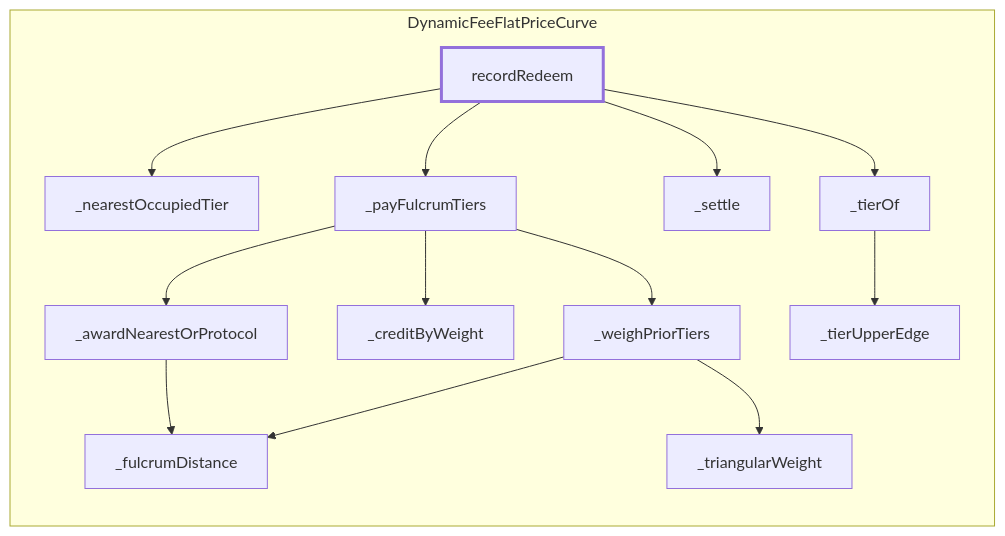
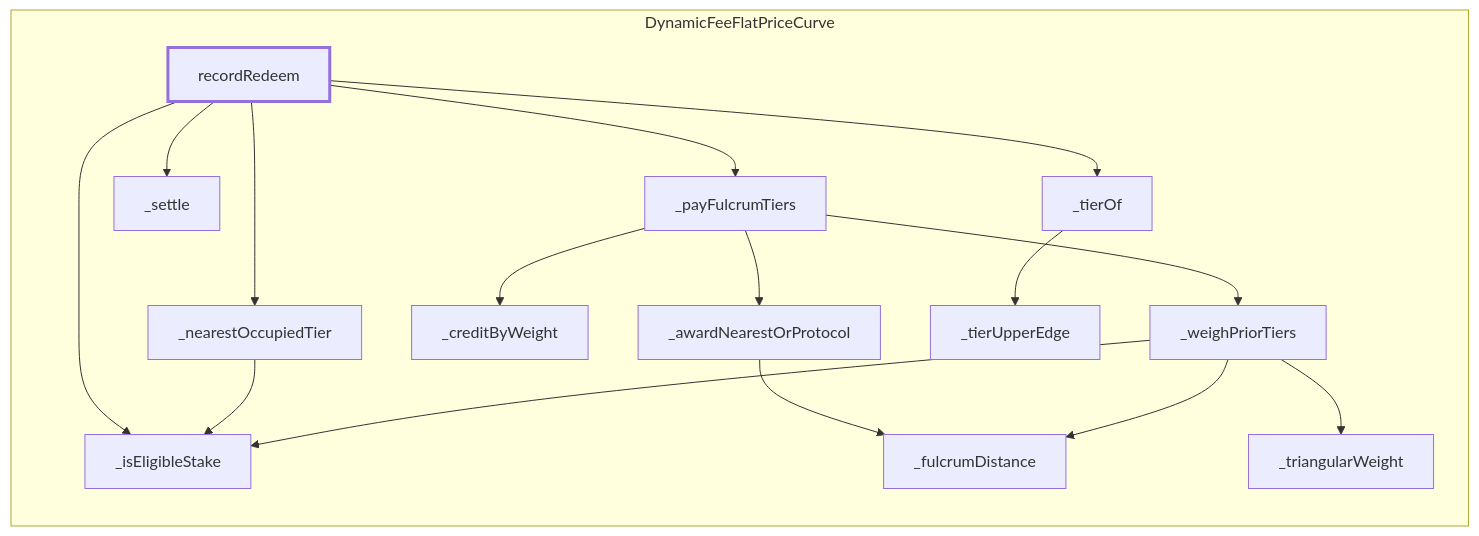
The diagram in docs/call-flows/generated/curve-record-redeem.md (0xIntuition/intuition-contracts-v2), drawn with Mermaid before and after one commit. The commit also changed other lines of this file and 18 other files, not shown here.

Commit message:
docs: make published call-flow and safe-batch material self-contained

````diff
--- a/docs/call-flows/generated/curve-record-redeem.md
+++ b/docs/call-flows/generated/curve-record-redeem.md
@@ -12,28 +11,32 @@
 ```mermaid
 flowchart LR
   subgraph DynamicFeeFlatPriceCurve["DynamicFeeFlatPriceCurve"]
     DynamicFeeFlatPriceCurve__awardNearestOrProtocol["_awardNearestOrProtocol"]
     DynamicFeeFlatPriceCurve__creditByWeight["_creditByWeight"]
     DynamicFeeFlatPriceCurve__fulcrumDistance["_fulcrumDistance"]
+    DynamicFeeFlatPriceCurve__isEligibleStake["_isEligibleStake"]
     DynamicFeeFlatPriceCurve__nearestOccupiedTier["_nearestOccupiedTier"]
     DynamicFeeFlatPriceCurve__payFulcrumTiers["_payFulcrumTiers"]
     DynamicFeeFlatPriceCurve__settle["_settle"]
     DynamicFeeFlatPriceCurve__tierOf["_tierOf"]
     DynamicFeeFlatPriceCurve__tierUpperEdge["_tierUpperEdge"]
     DynamicFeeFlatPriceCurve__triangularWeight["_triangularWeight"]
     DynamicFeeFlatPriceCurve__weighPriorTiers["_weighPriorTiers"]
     DynamicFeeFlatPriceCurve_recordRedeem["recordRedeem"]
   end
+  DynamicFeeFlatPriceCurve_recordRedeem --> DynamicFeeFlatPriceCurve__isEligibleStake
   DynamicFeeFlatPriceCurve_recordRedeem --> DynamicFeeFlatPriceCurve__nearestOccupiedTier
   DynamicFeeFlatPriceCurve_recordRedeem --> DynamicFeeFlatPriceCurve__payFulcrumTiers
   DynamicFeeFlatPriceCurve_recordRedeem --> DynamicFeeFlatPriceCurve__settle
   DynamicFeeFlatPriceCurve_recordRedeem --> DynamicFeeFlatPriceCurve__tierOf
+  DynamicFeeFlatPriceCurve__nearestOccupiedTier --> DynamicFeeFlatPriceCurve__isEligibleStake
   DynamicFeeFlatPriceCurve__payFulcrumTiers --> DynamicFeeFlatPriceCurve__awardNearestOrProtocol
   DynamicFeeFlatPriceCurve__payFulcrumTiers --> DynamicFeeFlatPriceCurve__creditByWeight
   DynamicFeeFlatPriceCurve__payFulcrumTiers --> DynamicFeeFlatPriceCurve__weighPriorTiers
   DynamicFeeFlatPriceCurve__tierOf --> DynamicFeeFlatPriceCurve__tierUpperEdge
   DynamicFeeFlatPriceCurve__awardNearestOrProtocol --> DynamicFeeFlatPriceCurve__fulcrumDistance
   DynamicFeeFlatPriceCurve__weighPriorTiers --> DynamicFeeFlatPriceCurve__fulcrumDistance
+  DynamicFeeFlatPriceCurve__weighPriorTiers --> DynamicFeeFlatPriceCurve__isEligibleStake
   DynamicFeeFlatPriceCurve__weighPriorTiers --> DynamicFeeFlatPriceCurve__triangularWeight
   style DynamicFeeFlatPriceCurve_recordRedeem stroke-width:3px
 ```
````
